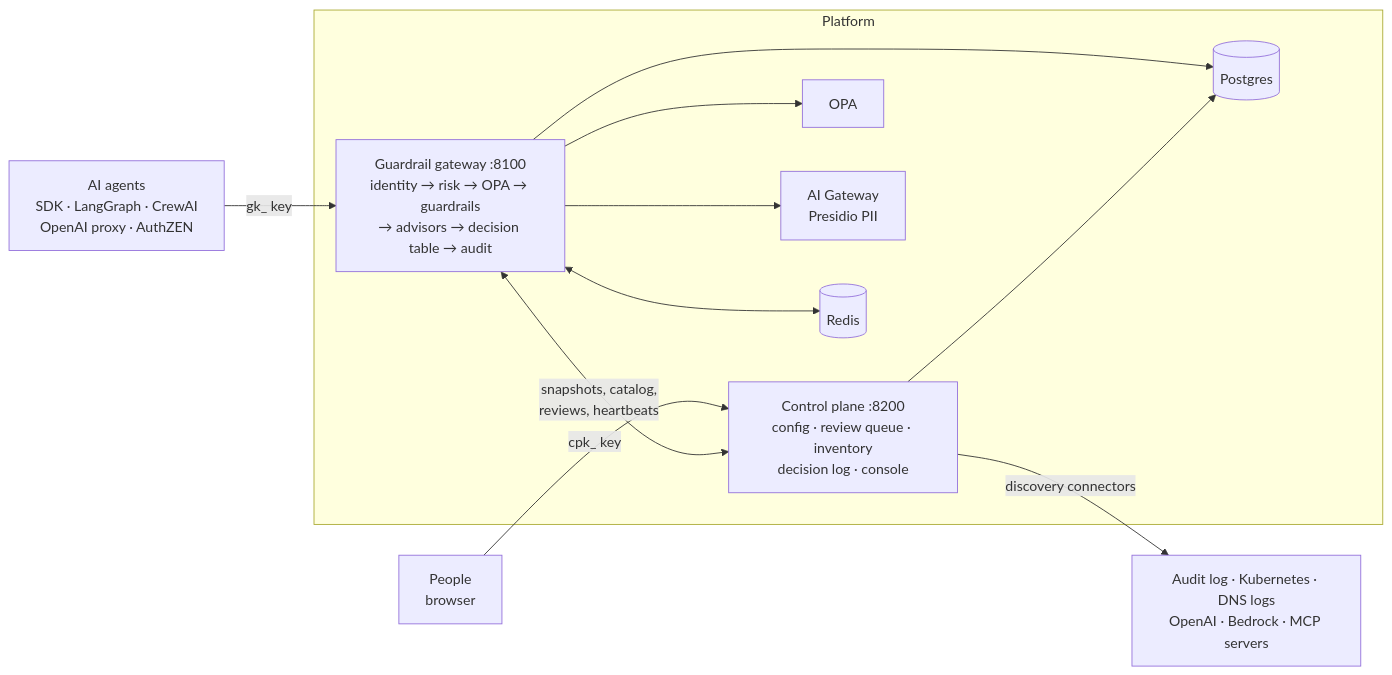
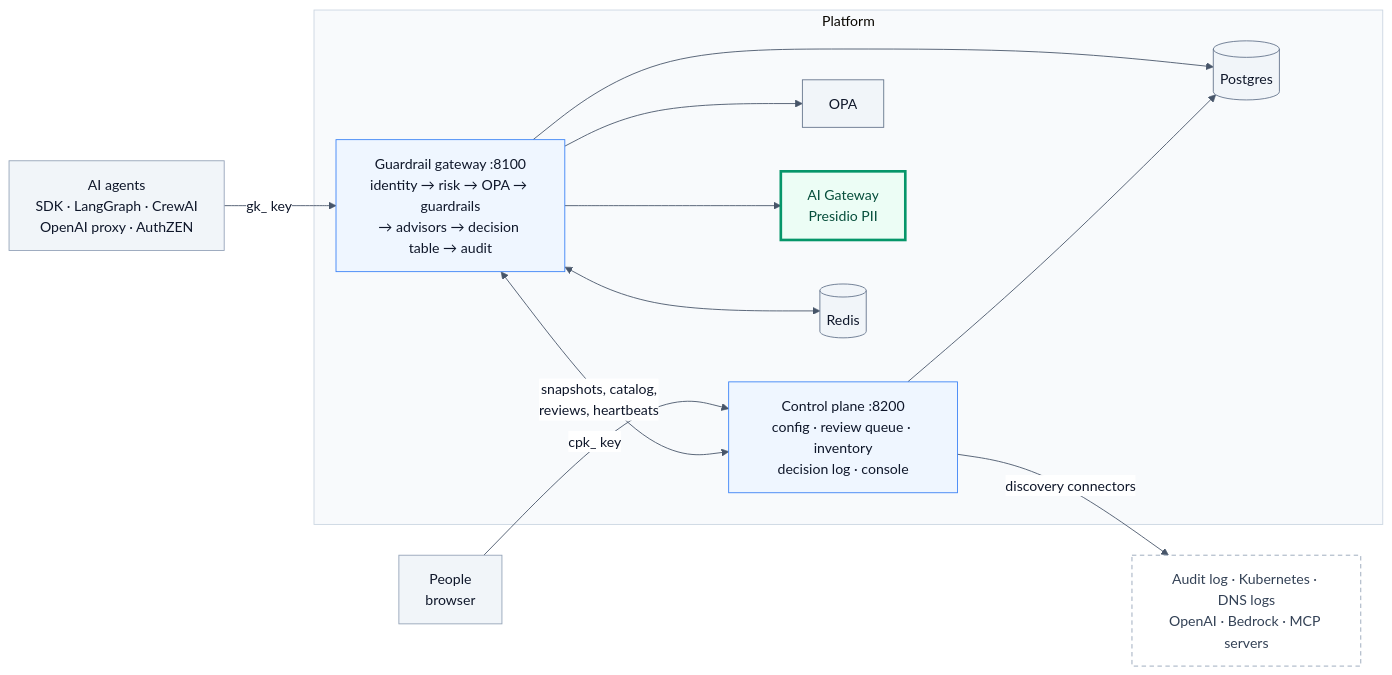
One commit to ramsha287/policy-guardrails-agent changed the diagram in README.md. Above: the diagram before and after it, drawn with Mermaid. The commit also changed 2 other files, not shown here.

Commit message:
Fix flaky playground poll check; colour the architecture diagrams
- smoke: the agent's-poll check counted "pending" once, right as the poll card
  appeared; with screenshots on (as in CI) the page re-renders after the
  full-page screenshot and the count raced it (0/3 locally with SCREENSHOTS,
  one of two CI runs on 0723735). Wait on the poll card itself until it shows
  "Review pending", and report the card's text if it doesn't (5/5 now).
- README and docs/architecture.md Mermaid diagrams: light colour scheme via
  theme variables and classDef (blue platform services, green AI Gateway,
  slate clients and stores, dashed external systems, amber findings and the
  held-for-a-person branch) instead of GitHub's black and white.

````diff
--- a/README.md
+++ b/README.md
@@ -16,20 +16,32 @@
 ```mermaid
+%%{init: {"theme": "base", "themeVariables": {"primaryTextColor": "#0f172a", "lineColor": "#475569", "clusterBkg": "#f8fafc", "clusterBorder": "#cbd5e1", "edgeLabelBackground": "#ffffff"}}}%%
 flowchart LR
   AG["AI agents<br/>SDK · LangGraph · CrewAI<br/>OpenAI proxy · AuthZEN"] -- "gk_ key" --> GW
   P["People<br/>browser"] -- "cpk_ key" --> CP
   subgraph Platform
     GW["Guardrail gateway :8100<br/>identity → risk → OPA → guardrails<br/>→ advisors → decision table → audit"]
     CP["Control plane :8200<br/>config · review queue · inventory<br/>decision log · console"]
     OPA[OPA]
     AIG["AI Gateway<br/>Presidio PII"]
     DB[(Postgres)]
     R[(Redis)]
   end
   GW --> OPA
   GW --> AIG
   GW <-- "snapshots, catalog,<br/>reviews, heartbeats" --> CP
   GW --> DB
   CP --> DB
   GW <--> R
   CP -- "discovery connectors" --> SRC["Audit log · Kubernetes · DNS logs<br/>OpenAI · Bedrock · MCP servers"]
+
+  classDef client fill:#f1f5f9,stroke:#94a3b8,color:#0f172a
+  classDef service fill:#eff6ff,stroke:#3b82f6,color:#0f172a
+  classDef aigw fill:#ecfdf5,stroke:#059669,stroke-width:3px,color:#064e3b
+  classDef store fill:#f1f5f9,stroke:#64748b,color:#0f172a
+  classDef external fill:#ffffff,stroke:#94a3b8,stroke-dasharray:5 4,color:#334155
+  class AG,P client
+  class GW,CP service
+  class AIG aigw
+  class OPA,DB,R store
+  class SRC external
 ```
````
